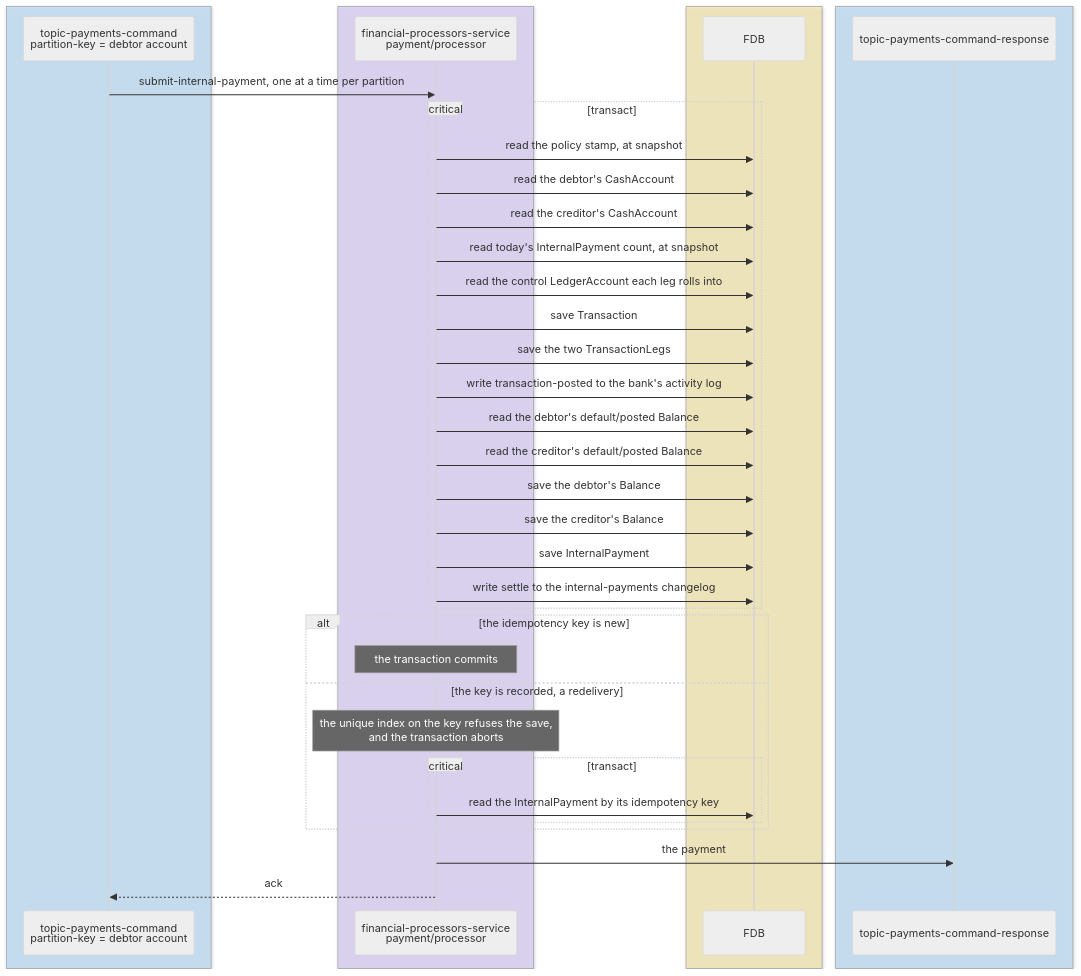
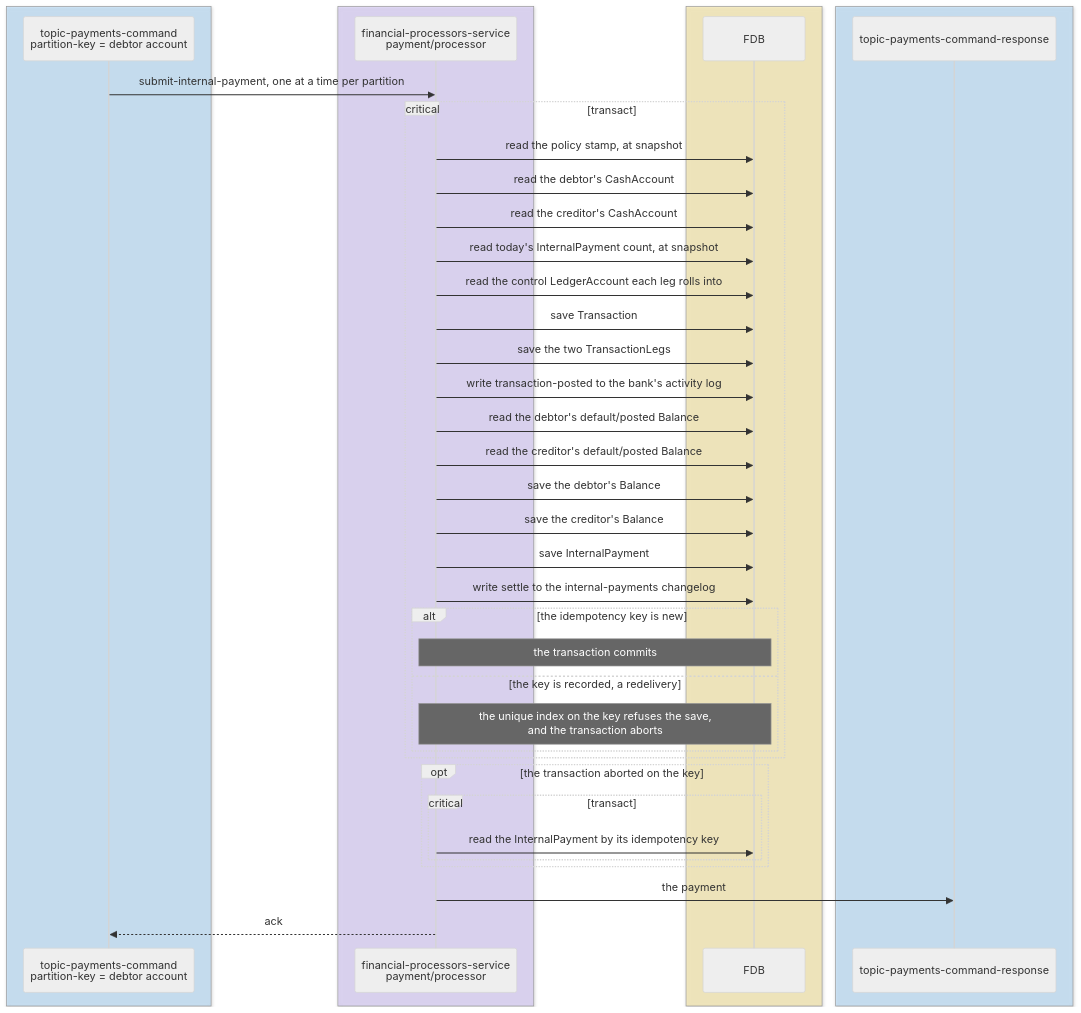
Before and after one commit to repldriven/queenswood: the second of 7 diagrams in docs/tdd/payments-internal.md, drawn with Mermaid (neutral theme). The commit also changed other lines of this file, not shown here.

Commit message:
Decide a dedup key inside the transaction that saves it

````diff
--- a/docs/tdd/payments-internal.md
+++ b/docs/tdd/payments-internal.md
@@ -127,42 +127,44 @@
 ```mermaid
 sequenceDiagram
     box rgba(165, 216, 255, 0.45)
     participant PC as topic-payments-command<br/>partition-key = debtor account
     end
     box rgba(208, 191, 255, 0.45)
     participant PP as financial-processors-service<br/>payment/processor
     end
     box rgba(255, 236, 153, 0.5)
     participant DB as FDB
     end
     box rgba(165, 216, 255, 0.45)
     participant PR as topic-payments-command-response
     end
     PC->>PP: submit-internal-payment, one at a time per partition
     critical transact
     PP->>DB: read the policy stamp, at snapshot
     PP->>DB: read the debtor's CashAccount
     PP->>DB: read the creditor's CashAccount
     PP->>DB: read today's InternalPayment count, at snapshot
     PP->>DB: read the control LedgerAccount each leg rolls into
     PP->>DB: save Transaction
     PP->>DB: save the two TransactionLegs
     PP->>DB: write transaction-posted to the bank's activity log
     PP->>DB: read the debtor's default/posted Balance
     PP->>DB: read the creditor's default/posted Balance
     PP->>DB: save the debtor's Balance
     PP->>DB: save the creditor's Balance
     PP->>DB: save InternalPayment
     PP->>DB: write settle to the internal-payments changelog
+    alt the idempotency key is new
+    Note over PP,DB: the transaction commits
+    else the key is recorded, a redelivery
+    Note over PP,DB: the unique index on the key refuses the save,<br/>and the transaction aborts
     end
-    alt the idempotency key is new
-    Note over PP: the transaction commits
-    else the key is recorded, a redelivery
-    Note over PP: the unique index on the key refuses the save,<br/>and the transaction aborts
+    end
+    opt the transaction aborted on the key
     critical transact
     PP->>DB: read the InternalPayment by its idempotency key
     end
     end
     PP->>PR: the payment
     PP-->>PC: ack
 ```
````
